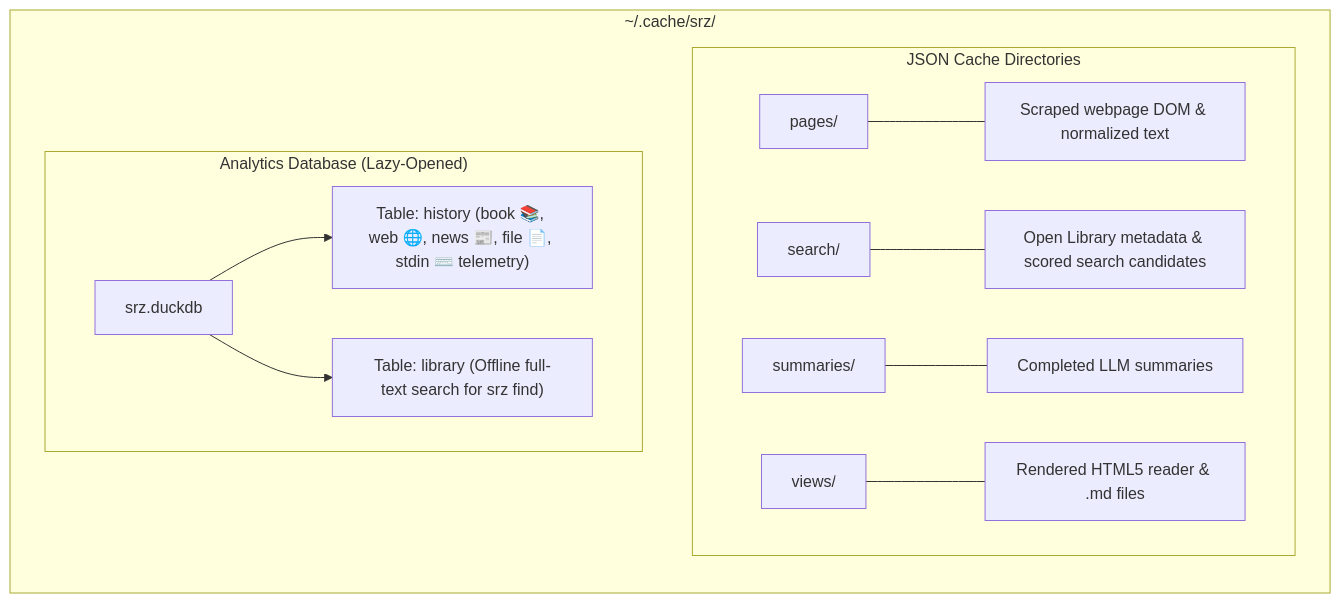
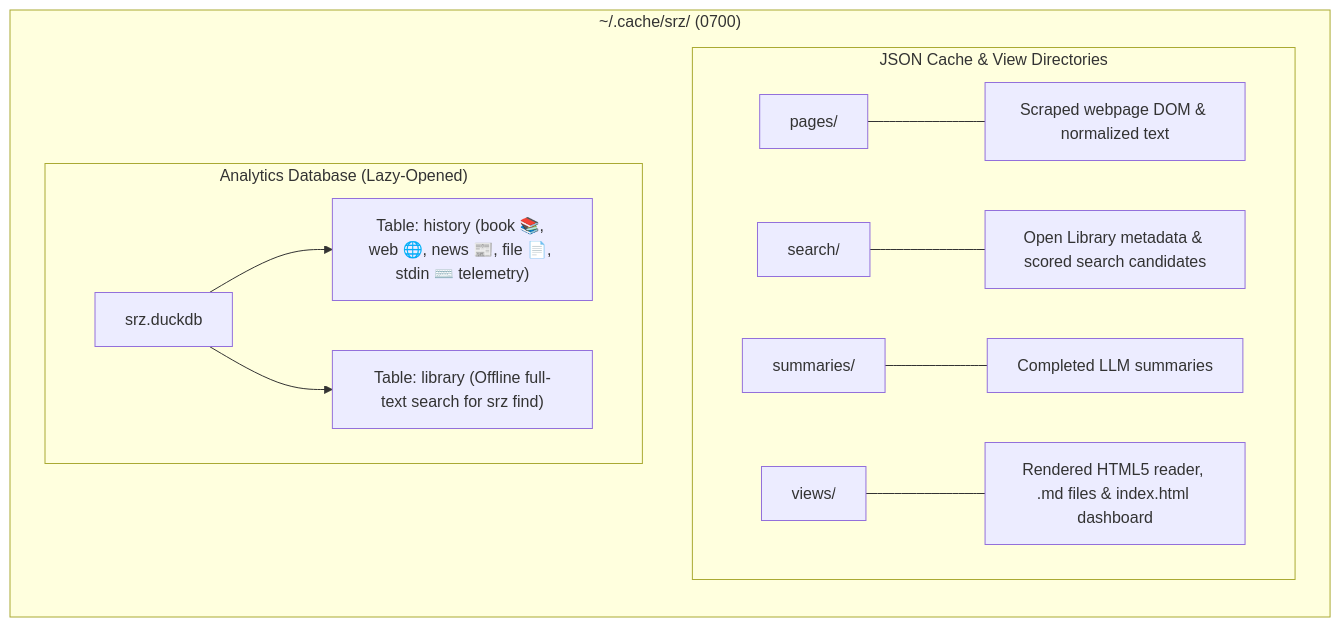
One commit to NewGuy012/srz changed the third of 3 diagrams in OVERVIEW.md. Above: the diagram before and after it, drawn with Mermaid. The commit also changed other lines of this file and 2 other files, not shown here.

````diff
--- a/OVERVIEW.md
+++ b/OVERVIEW.md
@@ -101,16 +101,16 @@
 ```mermaid
 graph LR
-    subgraph Root["~/.cache/srz/"]
-        subgraph Namespaces["JSON Cache Directories"]
+    subgraph Root["~/.cache/srz/ (0700)"]
+        subgraph Namespaces["JSON Cache & View Directories"]
             P["pages/"] --- P_desc["Scraped webpage DOM & normalized text"]
             S["search/"] --- S_desc["Open Library metadata & scored search candidates"]
             M["summaries/"] --- M_desc["Completed LLM summaries"]
-            V["views/"] --- V_desc["Rendered HTML5 reader & .md files"]
+            V["views/"] --- V_desc["Rendered HTML5 reader, .md files & index.html dashboard"]
         end
         subgraph DB["Analytics Database (Lazy-Opened)"]
             D["srz.duckdb"]
             D --> T1["Table: history (book 📚, web 🌐, news 📰, file 📄, stdin ⌨️ telemetry)"]
             D --> T2["Table: library (Offline full-text search for srz find)"]
         end
     end
 ```
````
